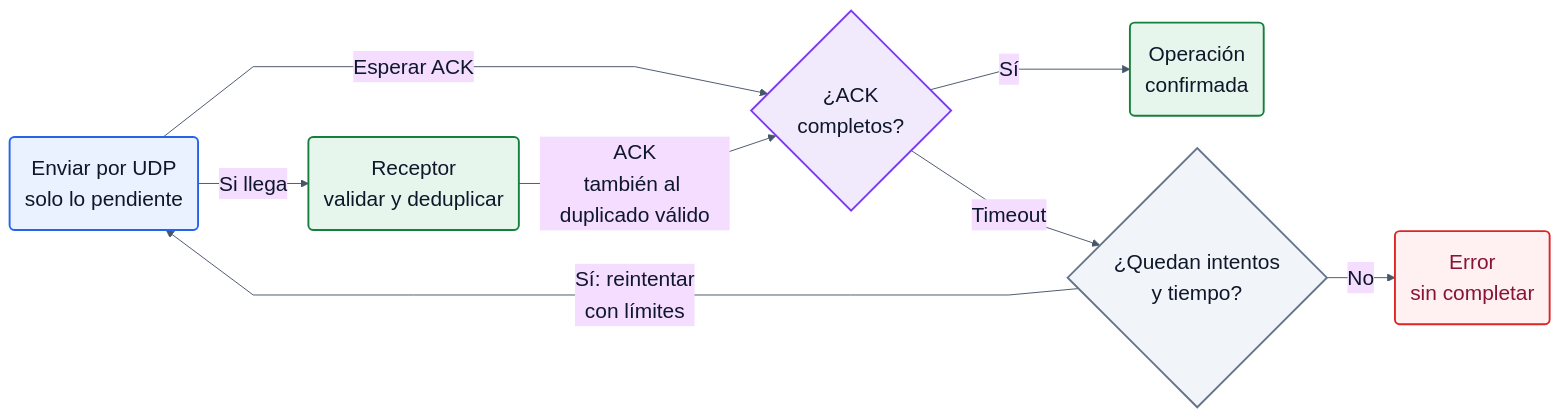
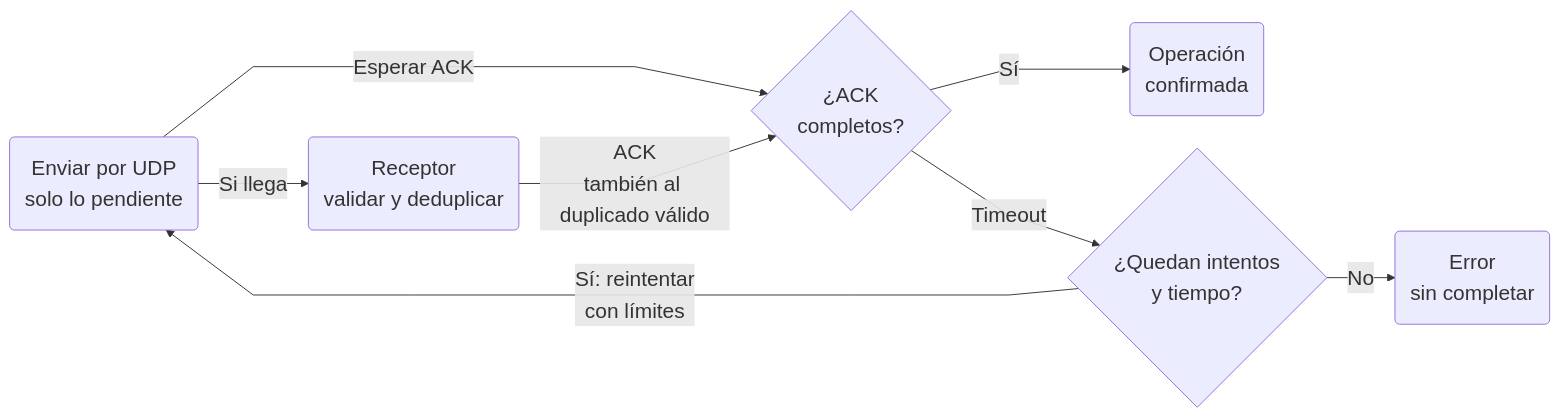
The second of 3 diagrams in 3º/ARC/Proyecto/udp/PROTOCOLO.md (Poonns/Universidad), drawn with Mermaid before and after one commit. The commit also changed other lines of this file and 1 other file, not shown here.

````diff
--- a/3º/ARC/Proyecto/udp/PROTOCOLO.md
+++ b/3º/ARC/Proyecto/udp/PROTOCOLO.md
@@ -103,39 +87,28 @@
 ```mermaid
 ---
 config:
-  theme: base
   look: classic
   fontFamily: Arial, sans-serif
   fontSize: 22
   markdownAutoWrap: false
   themeVariables:
     fontFamily: Arial, sans-serif
     fontSize: 22px
-    primaryTextColor: '#0f172a'
-    lineColor: '#475569'
-    clusterBkg: '#f8fafc'
-    clusterBorder: '#cbd5e1'
   flowchart:
     curve: linear
     nodeSpacing: 34
     rankSpacing: 44
     padding: 16
     wrappingWidth: 340
 ---
 flowchart LR
     accTitle: Fiabilidad mediante ARQ sobre UDP
     accDescr: El emisor espera confirmación y retransmite tras timeout con límites. El receptor valida y deduplica; si se agotan intentos o tiempo se registra un error.
-    E("Enviar por UDP<br/>solo lo pendiente"):::cliente -->|"Si llega"| R("Receptor<br/>validar y deduplicar"):::worker
-    E -->|"Esperar ACK"| A{"¿ACK<br/>completos?"}:::control
+    E("Enviar por UDP<br/>solo lo pendiente") -->|"Si llega"| R("Receptor<br/>validar y deduplicar")
+    E -->|"Esperar ACK"| A{"¿ACK<br/>completos?"}
     R -->|"ACK<br/>también al duplicado válido"| A
-    A -->|"Sí"| O("Operación<br/>confirmada"):::worker
-    A -->|"Timeout"| T{"¿Quedan intentos<br/>y tiempo?"}:::neutro
+    A -->|"Sí"| O("Operación<br/>confirmada")
+    A -->|"Timeout"| T{"¿Quedan intentos<br/>y tiempo?"}
     T -->|"Sí: reintentar<br/>con límites"| E
-    T -->|"No"| F("Error<br/>sin completar"):::error
-    classDef cliente fill:#eaf2ff,stroke:#2563eb,color:#0f172a,stroke-width:2px
-    classDef kernel fill:#fff4da,stroke:#b45309,color:#0f172a,stroke-width:2px
-    classDef worker fill:#e7f6ec,stroke:#15803d,color:#0f172a,stroke-width:2px
-    classDef control fill:#f1eafd,stroke:#7c3aed,color:#0f172a,stroke-width:2px
-    classDef neutro fill:#f1f5f9,stroke:#64748b,color:#0f172a,stroke-width:2px
-    classDef error fill:#fff1f2,stroke:#dc2626,color:#881337,stroke-width:2px
+    T -->|"No"| F("Error<br/>sin completar")
 ```
````
